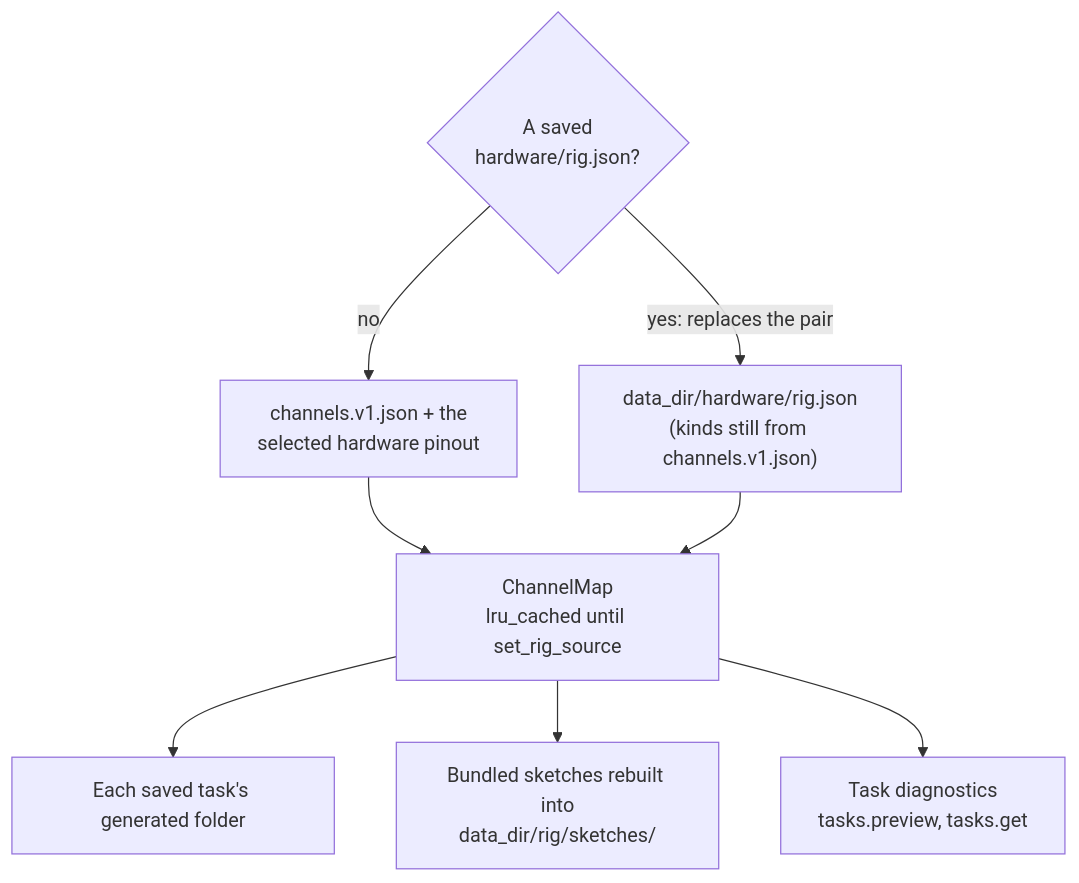
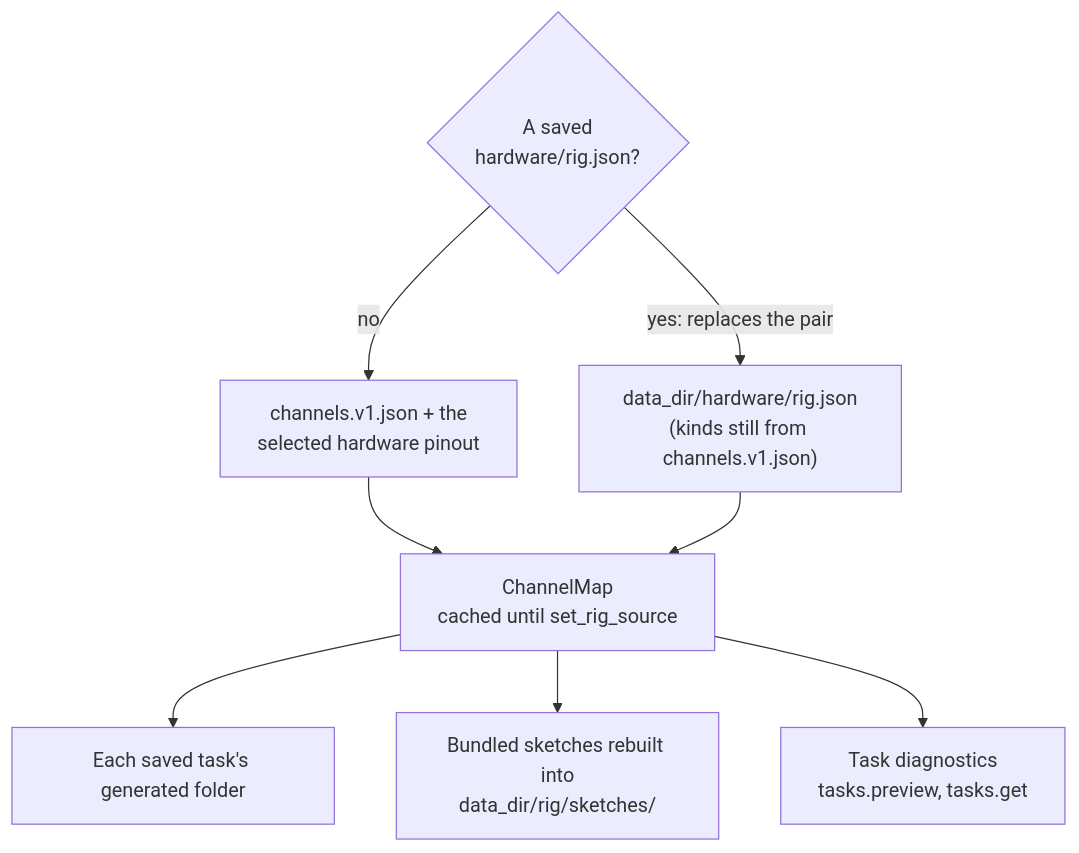
Before and after one commit to Chase-NJ/Ephymeris: the fourth of 6 diagrams in docs/TASKS.md, drawn with Mermaid. The commit also changed other lines of this file and 28 other files, not shown here.

````diff
--- a/docs/TASKS.md
+++ b/docs/TASKS.md
@@ -553,11 +574,11 @@
 ```mermaid
 flowchart TD
     saved{"A saved<br/>hardware/rig.json?"}
     saved -->|no| shipped["channels.v1.json + the<br/>selected hardware pinout"]
     saved -->|"yes: replaces the pair"| rig["data_dir/hardware/rig.json<br/>(kinds still from channels.v1.json)"]
-    shipped --> map["ChannelMap<br/>lru_cached until set_rig_source"]
+    shipped --> map["ChannelMap<br/>cached until set_rig_source"]
     rig --> map
     map --> taskPins["Each saved task's generated folder"]
     map --> bundledPins["Bundled sketches rebuilt into<br/>data_dir/rig/sketches/"]
     map --> diagnostics["Task diagnostics<br/>tasks.preview, tasks.get"]
 ```
````
